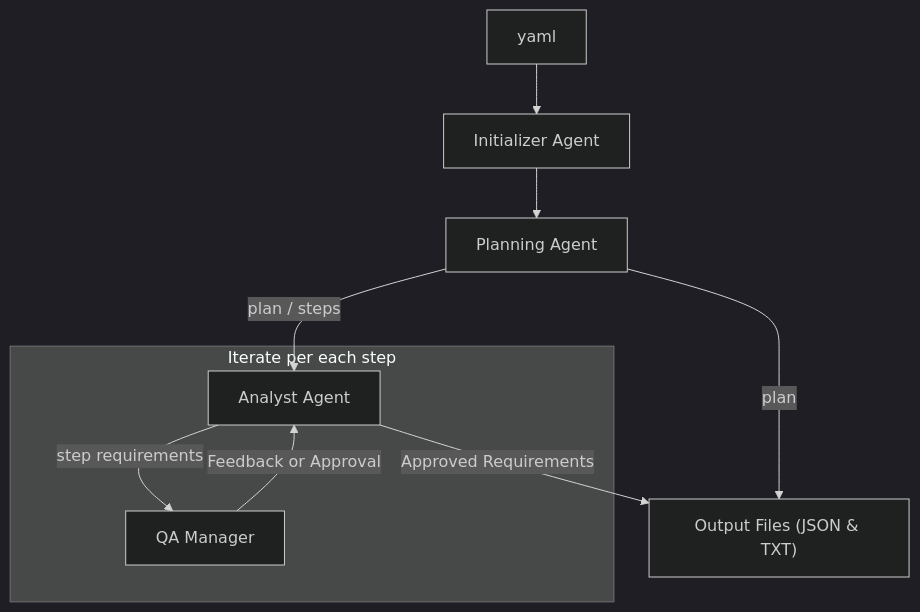
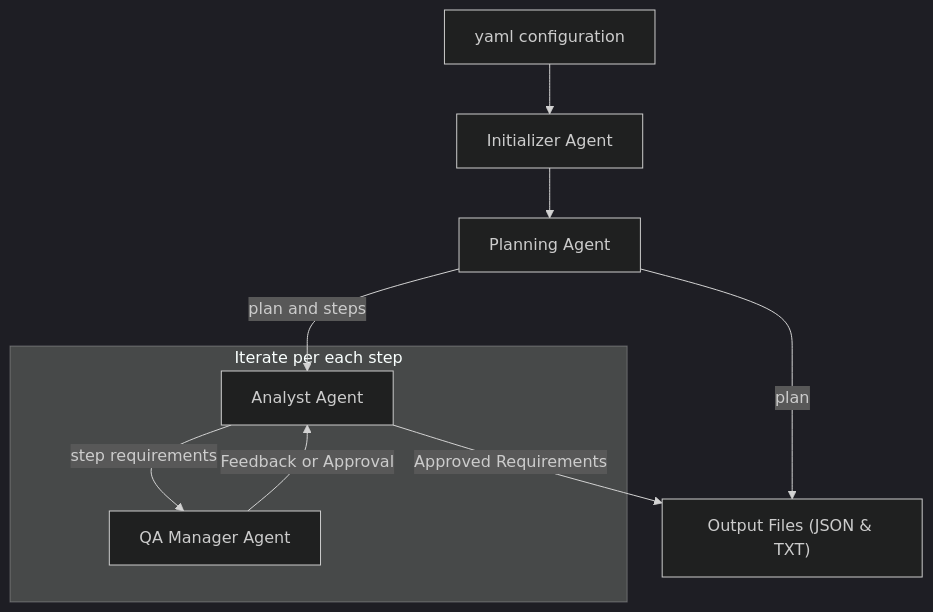
One commit to spidernic/AutogenRequirementsAgent changed the first of 2 diagrams in README.md. Above: the diagram before and after it, drawn with Mermaid (dark theme).

````diff
--- a/README.md
+++ b/README.md
@@ -124,19 +124,19 @@
 ```mermaid
 graph TD
-    UserInput["yaml"]
+    UserInput["yaml configuration"]
     Initializer["Initializer Agent"]
     PlanningAgent["Planning Agent"]
     Analyst["Analyst Agent"]
-    QAManager["QA Manager"]
+    QAManager["QA Manager Agent"]
     OutputFiles["Output Files (JSON & TXT)"]
 
     UserInput --> Initializer
     Initializer --> PlanningAgent
-    PlanningAgent -->|plan / steps| Analyst
+    PlanningAgent -->|plan and steps| Analyst
     PlanningAgent -->|plan| OutputFiles
     subgraph QAProcess ["Iterate per each step"]
         Analyst -->|step requirements| QAManager
         QAManager -->|Feedback or Approval| Analyst
     end
     Analyst -->|Approved Requirements| OutputFiles
 ```
````
